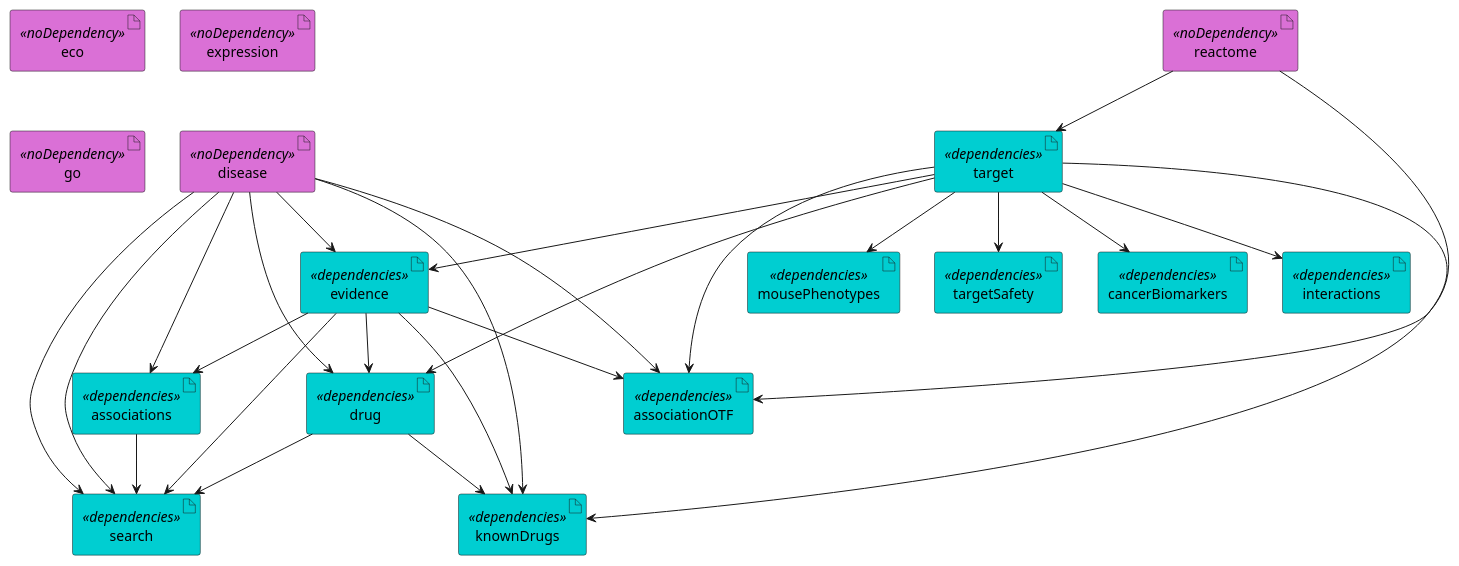
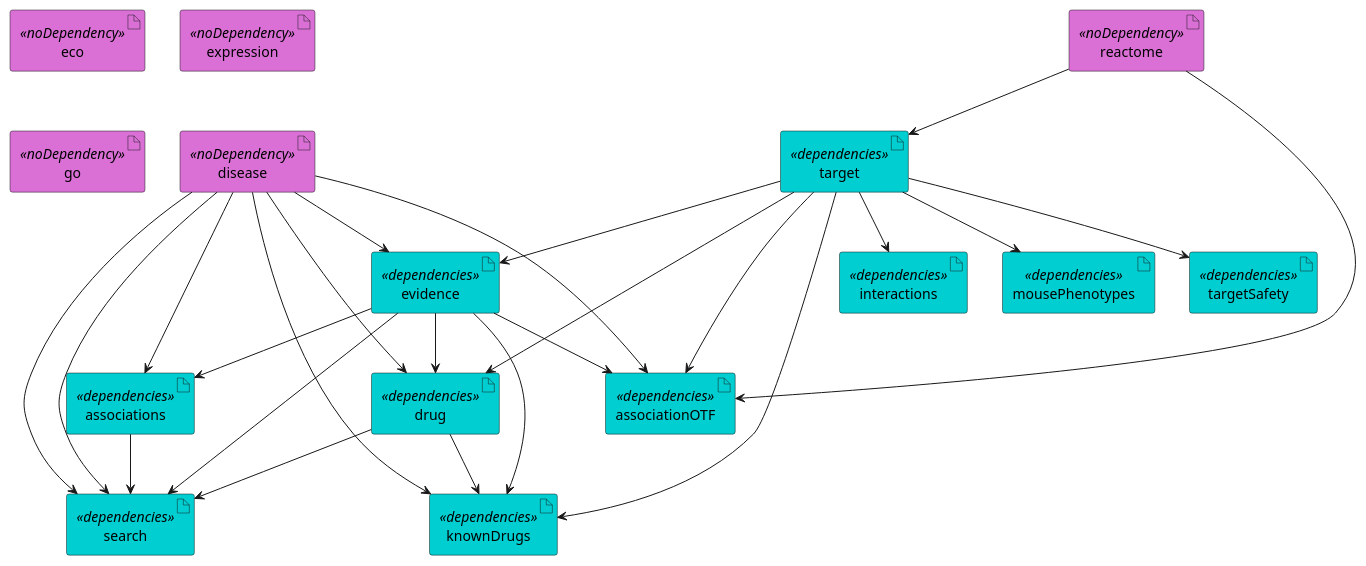
One commit to opentargets/platform-etl-backend changed the diagram in documentation/etl_current.puml. Above: the diagram before and after it, drawn with PlantUML. The commit also changed 11 other files, not shown here.

```diff
--- a/documentation/etl_current.puml
+++ b/documentation/etl_current.puml
@@ -1,63 +1,60 @@
 @startuml
 skinparam interface {
     backgroundColor<<input>> darkblue
     backgroundColor<<output>> cyan
 }
 skinparam artifact {
      backgroundColor<<noDependency>> orchid
      backgroundColor<<dependencies>> darkturquoise
  }
 ' steps
 artifact associations <<dependencies>>
 artifact associationOTF <<dependencies>>
-artifact cancerBiomarkers <<dependencies>>
 artifact disease <<noDependency>>
 artifact drug <<dependencies>>
 artifact eco <<noDependency>>
 artifact evidence <<dependencies>>
 artifact expression <<noDependency>>
 artifact go <<noDependency>>
 artifact interactions <<dependencies>>
 artifact knownDrugs <<dependencies>>
 artifact mousePhenotypes <<dependencies>>
 artifact reactome <<noDependency>>
 artifact search <<dependencies>>
 artifact target <<dependencies>>
 artifact targetSafety <<dependencies>>
 
 reactome --> target
 
 target --> targetSafety
 
 evidence --> associations
 disease --> associations
 
 reactome --> associationOTF
 evidence --> associationOTF
 disease --> associationOTF
 target --> associationOTF
 
-target --> cancerBiomarkers
-
 target --> mousePhenotypes
 
 target --> drug
 disease --> drug
 evidence --> drug
 target --> evidence
 disease --> evidence
 
 evidence --> knownDrugs
 disease --> knownDrugs
 target --> knownDrugs
 drug --> knownDrugs
 
 evidence --> search
 disease --> search
 disease --> search
 drug --> search
 associations --> search
 
 target --> interactions
 
 @enduml
```
